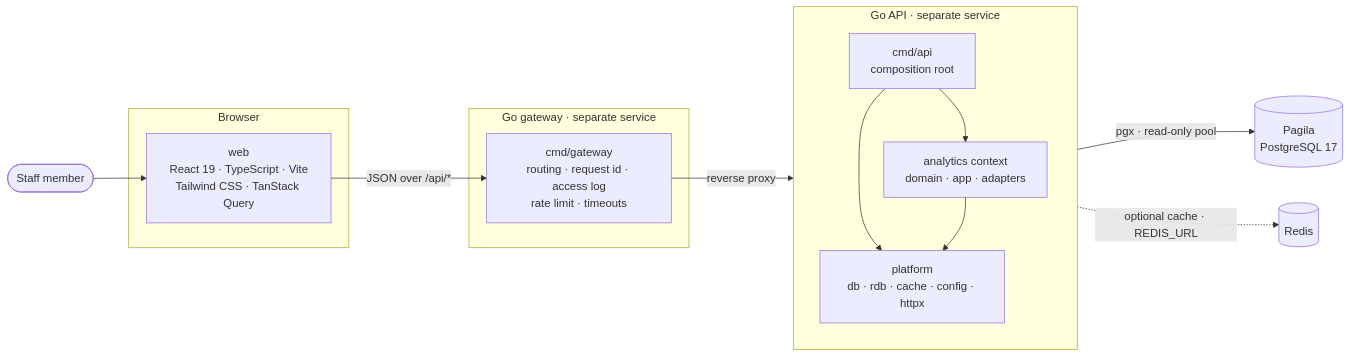
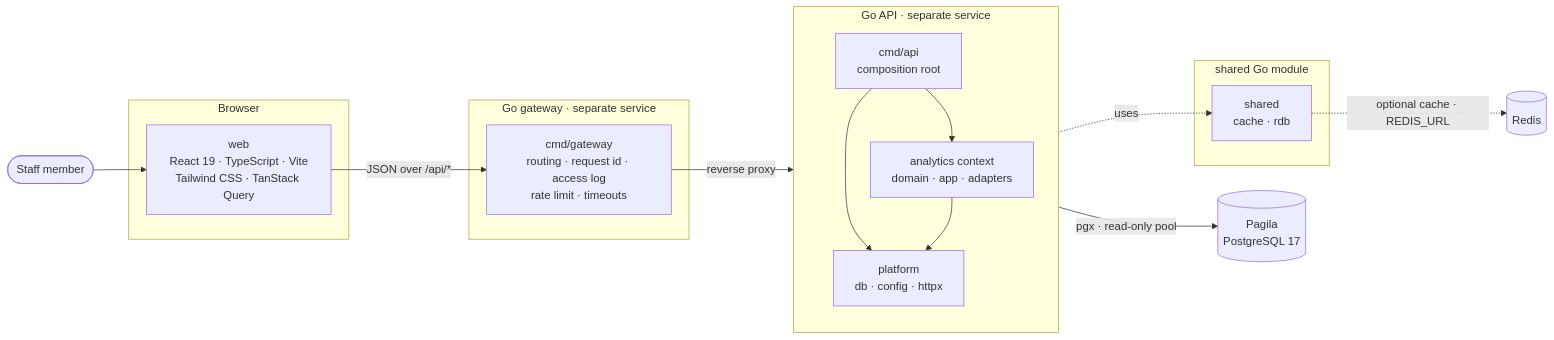
The second of 7 diagrams in README.md (SangNguyen2810/store-operation), drawn with Mermaid before and after one commit. The commit also changed other lines of this file and 226 other files, not shown here.

````diff
--- a/README.md
+++ b/README.md
@@ -527,23 +530,27 @@
 ```mermaid
 flowchart LR
     user([Staff member]) --> web
     subgraph browser [Browser]
         web["web<br/>React 19 · TypeScript · Vite<br/>Tailwind CSS · TanStack Query"]
     end
     subgraph edge [Go gateway · separate service]
         gateway["cmd/gateway<br/>routing · request id · access log<br/>rate limit · timeouts"]
     end
     subgraph server [Go API · separate service]
         direction TB
         api["cmd/api<br/>composition root"]
         analytics["analytics context<br/>domain · app · adapters"]
-        platform["platform<br/>db · rdb · cache · config · httpx"]
+        platform["platform<br/>db · config · httpx"]
         api --> analytics
         api --> platform
         analytics --> platform
     end
+    subgraph lib [shared Go module]
+        shared["shared<br/>cache · rdb"]
+    end
     web -- "JSON over /api/*" --> gateway
     gateway -- "reverse proxy" --> api
     analytics -- "pgx · read-only pool" --> pg[("Pagila<br/>PostgreSQL 17")]
-    analytics -. "optional cache · REDIS_URL" .-> redis[("Redis")]
+    analytics -. "uses" .-> shared
+    shared -. "optional cache · REDIS_URL" .-> redis[("Redis")]
 ```
````
